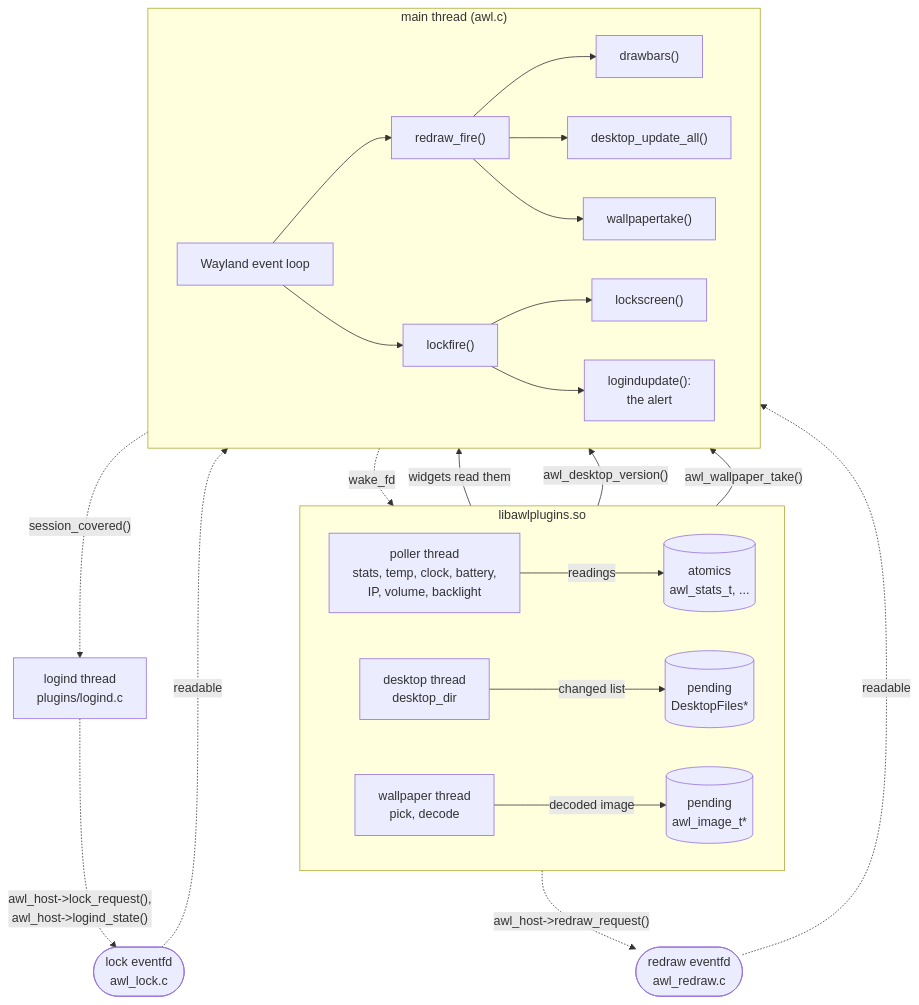
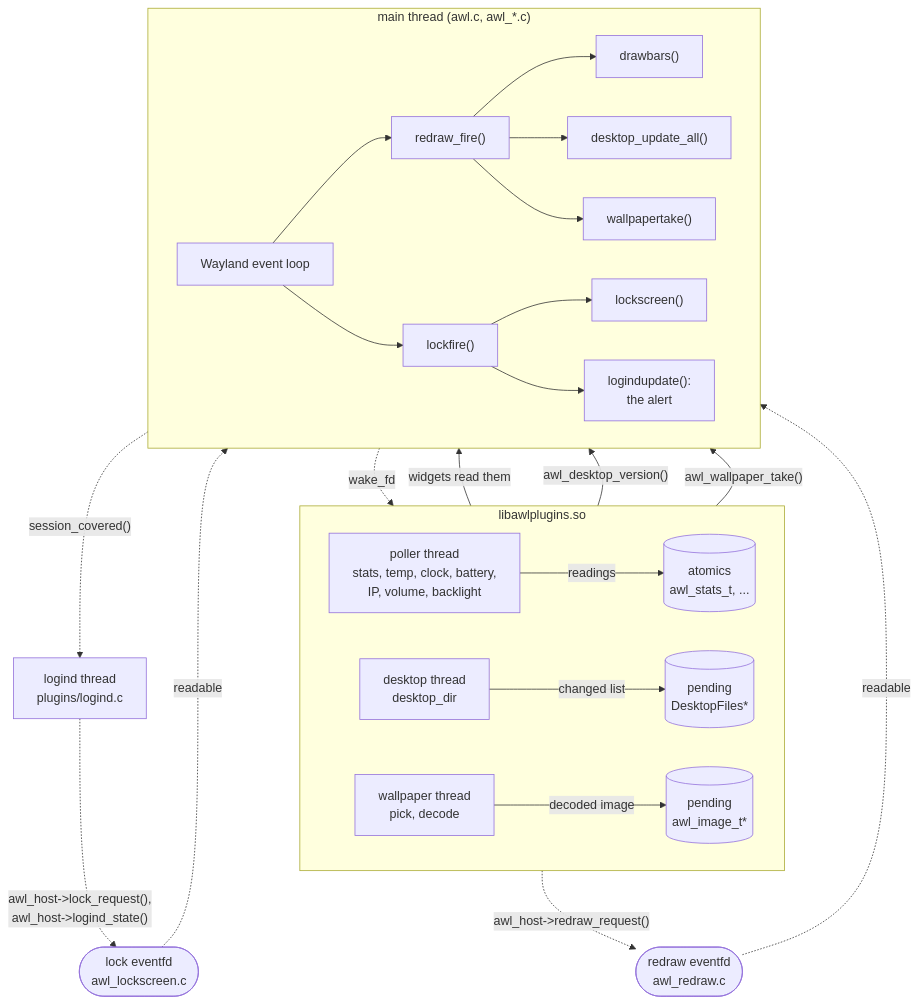
The first of 7 diagrams in doc/threads.rst (alcubierre-drive/awl), drawn with Mermaid before and after one commit. The commit also changed other lines of this file and 53 other files, not shown here.

```diff
--- a/doc/threads.rst
+++ b/doc/threads.rst
@@ -100,32 +100,32 @@
 .. mermaid::
 
    flowchart TB
      subgraph lib["libawlplugins.so"]
        direction LR
        poller["poller thread<br/>stats, temp, clock, battery,<br/>IP, volume, backlight"] -- "readings" --> atomics[("atomics<br/>awl_stats_t, ...")]
        scanner["desktop thread<br/>desktop_dir"] -- "changed list" --> pending[("pending<br/>DesktopFiles*")]
        changer["wallpaper thread<br/>pick, decode"] -- "decoded image" --> image[("pending<br/>awl_image_t*")]
      end
      logind["logind thread<br/>plugins/logind.c"]
      redraw(["redraw eventfd<br/>awl_redraw.c"])
-     lockfd(["lock eventfd<br/>awl_lock.c"])
-     subgraph main["main thread (awl.c)"]
+     lockfd(["lock eventfd<br/>awl_lockscreen.c"])
+     subgraph main["main thread (awl.c, awl_*.c)"]
        direction LR
        loop["Wayland event loop"] --> fire["redraw_fire()"]
        fire --> bars["drawbars()"]
        fire --> panels["desktop_update_all()"]
        fire --> wp["wallpapertake()"]
        loop --> lockfire["lockfire()"]
        lockfire --> lockscreen["lockscreen()"]
        lockfire --> logindupdate["logindupdate():<br/>the alert"]
      end
 
      lib -. "awl_host->redraw_request()" .-> redraw
      redraw -. "readable" .-> loop
      logind -. "awl_host->lock_request(),<br/>awl_host->logind_state()" .-> lockfd
      lockfd -. "readable" .-> loop
      main -. "session_covered()" .-> logind
      atomics -- "widgets read them" --> bars
      pending -- "awl_desktop_version()" --> panels
      image -- "awl_wallpaper_take()" --> wp
      main -. "wake_fd" .-> lib
```
